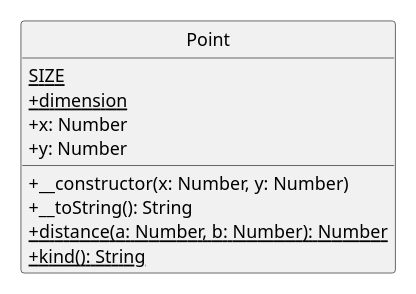
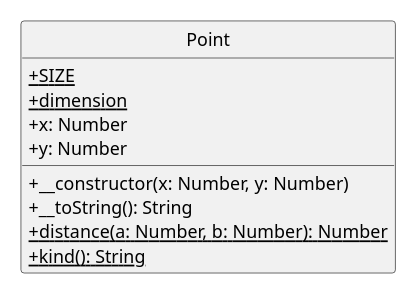
One commit to ifpb/php-guide changed the diagram in core/object/code/static/assets/Point.pu. Above: the diagram before and after it, drawn with PlantUML. The commit also changed 9 other files, not shown here.

```diff
--- a/core/object/code/static/assets/Point.pu
+++ b/core/object/code/static/assets/Point.pu
@@ -1,17 +1,17 @@
 @startuml
 scale max 200 width
 skinparam classAttributeIconSize 0
 skinparam monochrome true
 hide circle
 
 class Point {
-  {static} SIZE
+  {static} +SIZE
   {static} +dimension
   +x: Number
   +y: Number
   +__constructor(x: Number, y: Number)
   +__toString(): String
   {static} +distance(a: Number, b: Number): Number
   {static} +kind(): String
 }
 @enduml
```
